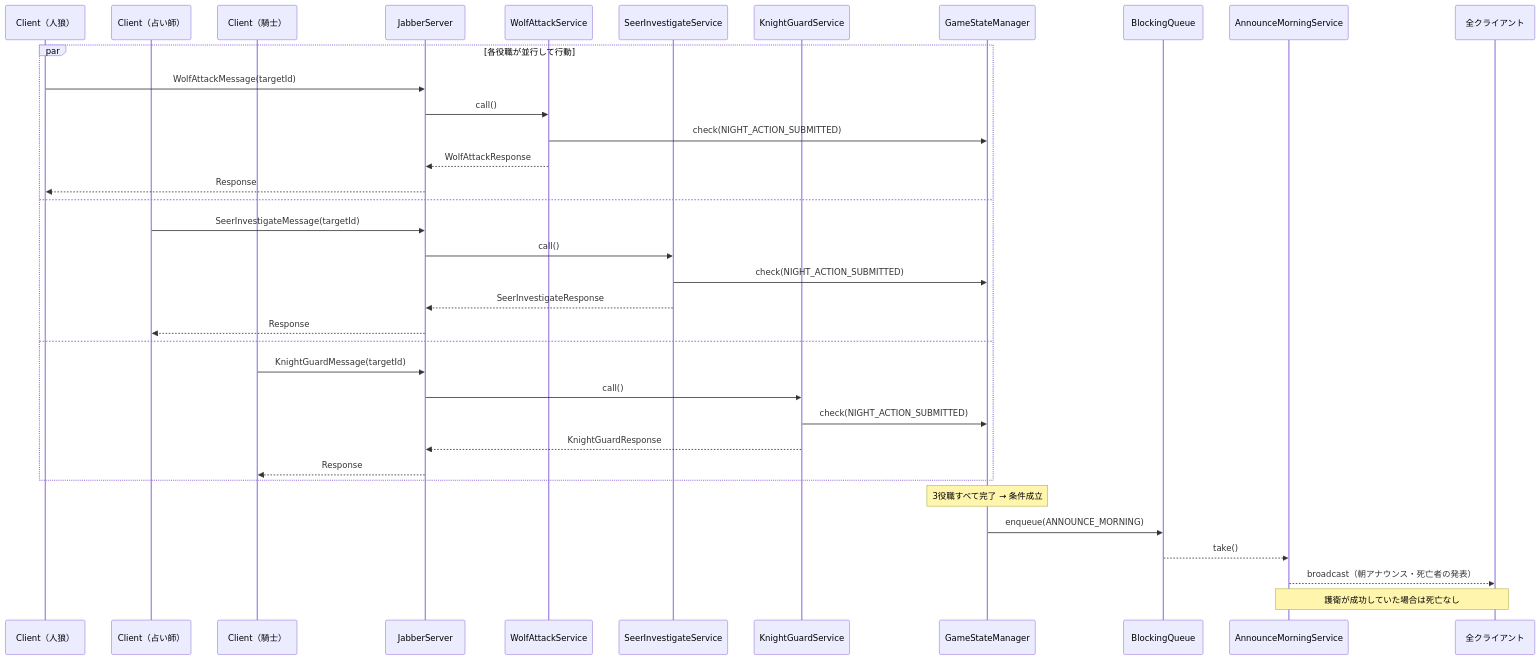
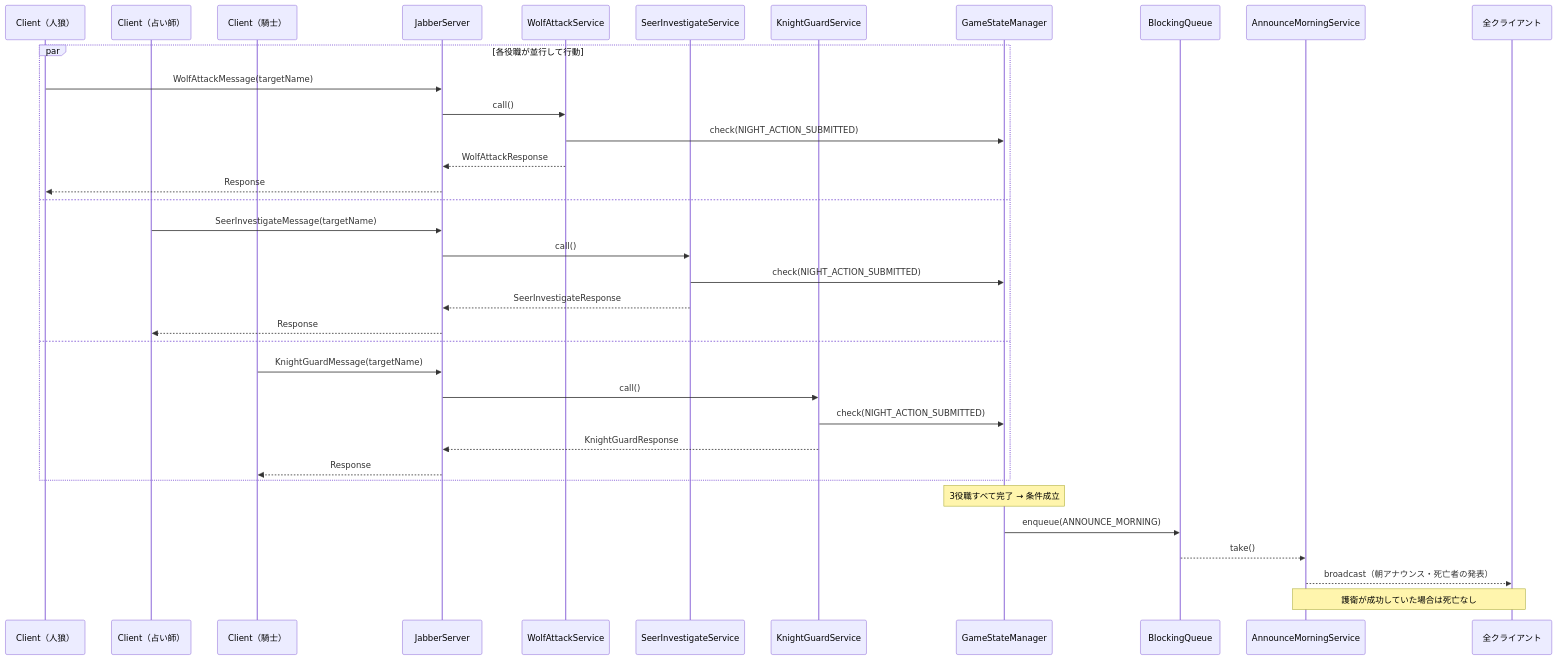
The fifth of 8 diagrams in docs/game_flow.md (doguto/waseda-soft-exp), drawn with Mermaid before and after one commit. The commit also changed other lines of this file and 99 other files, not shown here.

````diff
--- a/docs/game_flow.md
+++ b/docs/game_flow.md
@@ -160,41 +160,41 @@
 ```mermaid
 sequenceDiagram
     participant Wolf  as Client（人狼）
     participant Seer  as Client（占い師）
     participant Knight as Client（騎士）
     participant J     as JabberServer
     participant WA    as WolfAttackService
     participant SI    as SeerInvestigateService
     participant KG    as KnightGuardService
     participant GSM   as GameStateManager
     participant Q     as BlockingQueue
     participant AM    as AnnounceMorningService
     participant All   as 全クライアント
 
     par 各役職が並行して行動
-        Wolf->>J: WolfAttackMessage(targetId)
+        Wolf->>J: WolfAttackMessage(targetName)
         J->>WA: call()
         WA->>GSM: check(NIGHT_ACTION_SUBMITTED)
         WA-->>J: WolfAttackResponse
         J-->>Wolf: Response
     and
-        Seer->>J: SeerInvestigateMessage(targetId)
+        Seer->>J: SeerInvestigateMessage(targetName)
         J->>SI: call()
         SI->>GSM: check(NIGHT_ACTION_SUBMITTED)
         SI-->>J: SeerInvestigateResponse
         J-->>Seer: Response
     and
-        Knight->>J: KnightGuardMessage(targetId)
+        Knight->>J: KnightGuardMessage(targetName)
         J->>KG: call()
         KG->>GSM: check(NIGHT_ACTION_SUBMITTED)
         KG-->>J: KnightGuardResponse
         J-->>Knight: Response
     end
 
     Note over GSM: 3役職すべて完了 → 条件成立
     GSM->>Q: enqueue(ANNOUNCE_MORNING)
 
     Q-->>AM: take()
     AM-->>All: broadcast（朝アナウンス・死亡者の発表）
     Note over AM,All: 護衛が成功していた場合は死亡なし
 ```
````
